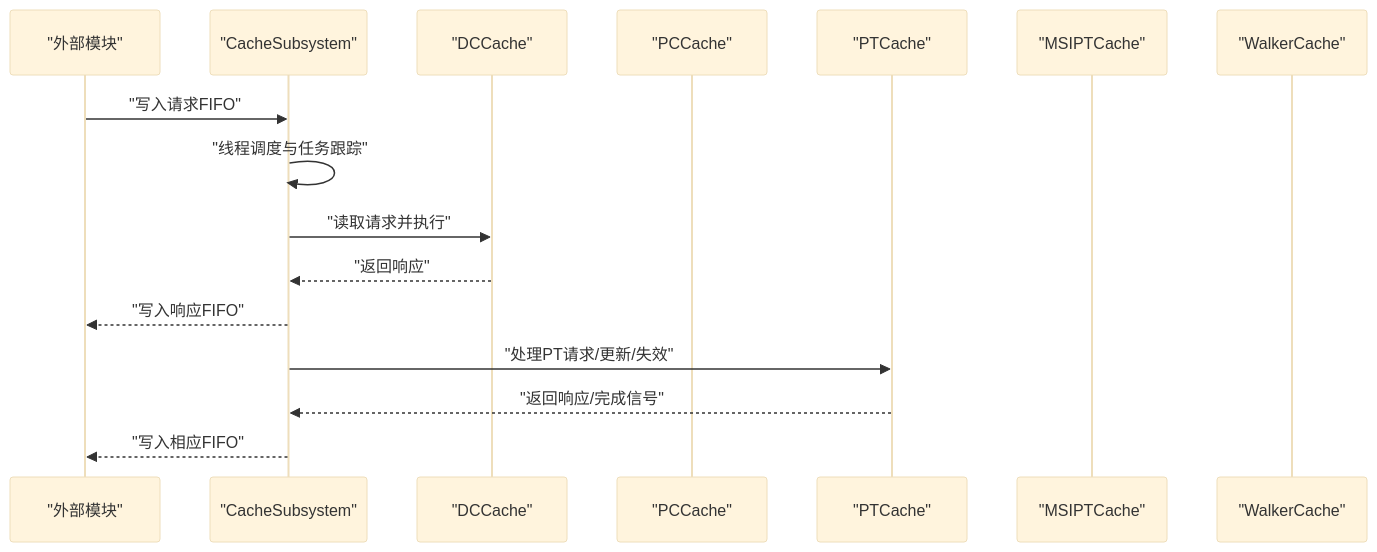
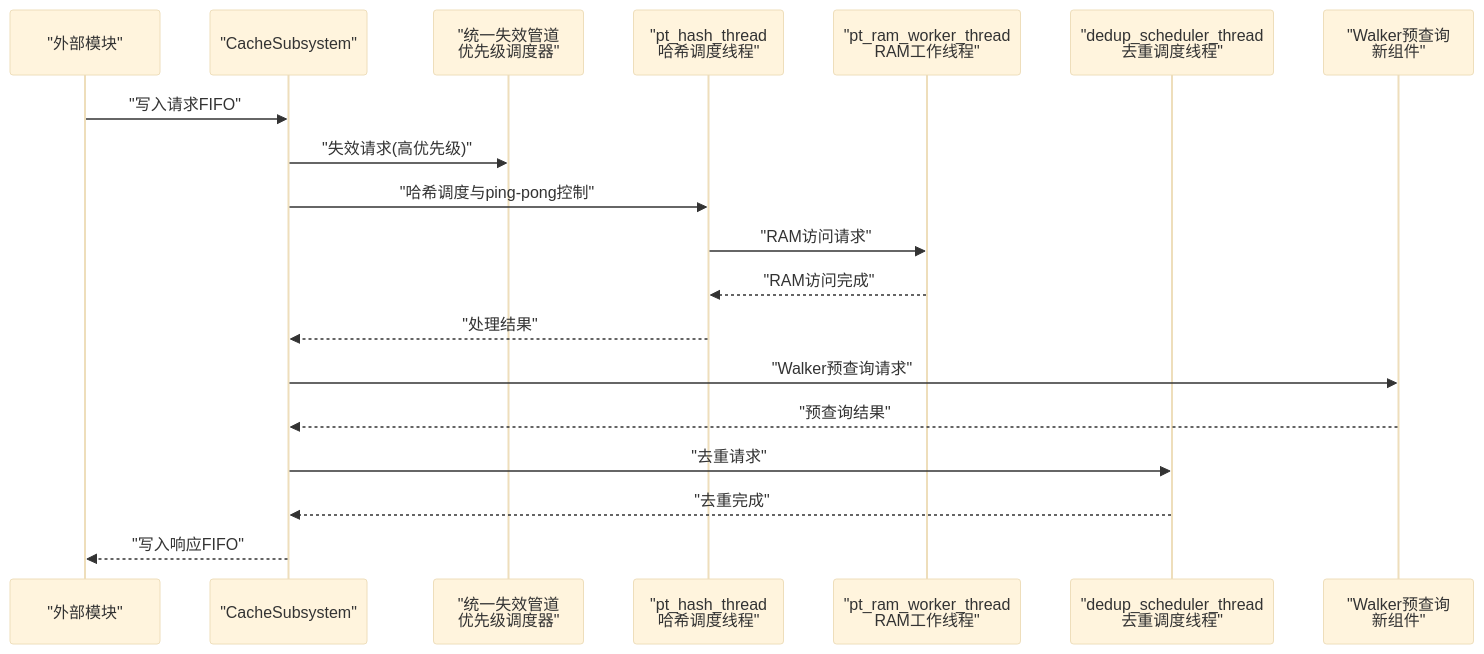
Before and after one commit to jiangjiang1122/iommu_model_20260401_v1: the second of 10 diagrams in .qoder/repowiki/zh/content/缓存系统/缓存子系统概览.md, drawn with Mermaid (base theme). The commit also changed other lines of this file and 186 other files, not shown here.

````diff
--- a/.qoder/repowiki/zh/content/缓存系统/缓存子系统概览.md
+++ b/.qoder/repowiki/zh/content/缓存系统/缓存子系统概览.md
@@ -116,18 +121,21 @@
 ```mermaid
 sequenceDiagram
 participant Ext as "外部模块"
 participant CS as "CacheSubsystem"
-participant DC as "DCCache"
-participant PC as "PCCache"
-participant PT as "PTCache"
-participant MSI as "MSIPTCache"
-participant WLK as "WalkerCache"
+participant Unified_Pipeline as "统一失效管道<br/>优先级调度器"
+participant PT_Hash as "pt_hash_thread<br/>哈希调度线程"
+participant PT_RAM as "pt_ram_worker_thread<br/>RAM工作线程"
+participant Dedup_Sched as "dedup_scheduler_thread<br/>去重调度线程"
+participant Walker_PQ as "Walker预查询<br/>新组件"
 Ext->>CS : "写入请求FIFO"
-CS->>CS : "线程调度与任务跟踪"
-CS->>DC : "读取请求并执行"
-DC-->>CS : "返回响应"
+CS->>Unified_Pipeline : "失效请求(高优先级)"
+CS->>PT_Hash : "哈希调度与ping-pong控制"
+PT_Hash->>PT_RAM : "RAM访问请求"
+PT_RAM-->>PT_Hash : "RAM访问完成"
+PT_Hash-->>CS : "处理结果"
+CS->>Walker_PQ : "Walker预查询请求"
+Walker_PQ-->>CS : "预查询结果"
+CS->>Dedup_Sched : "去重请求"
+Dedup_Sched-->>CS : "去重完成"
 CS-->>Ext : "写入响应FIFO"
-CS->>PT : "处理PT请求/更新/失效"
-PT-->>CS : "返回响应/完成信号"
-CS-->>Ext : "写入相应FIFO"
 ```
````
